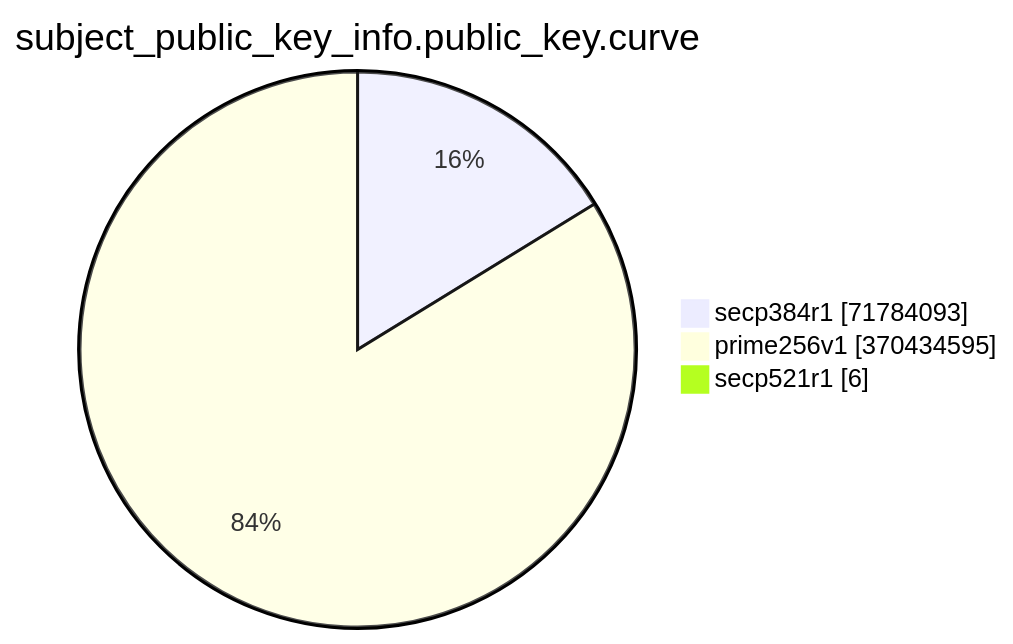
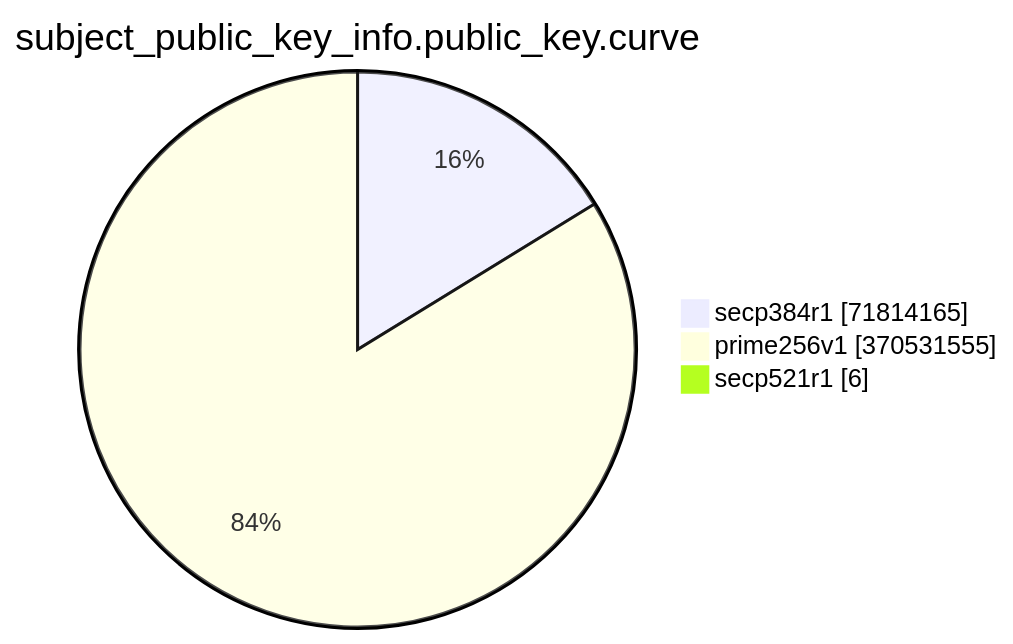
Before and after one commit to christiankrug/ctmonitor_visualization: the eighth of 15 diagrams in TOTAL/README.md, drawn with Mermaid. The commit also changed other lines of this file, not shown here.

````diff
--- a/TOTAL/README.md
+++ b/TOTAL/README.md
@@ -3092,7 +3092,7 @@
 ```mermaid
 pie showData
 title subject_public_key_info.public_key.curve
-"secp384r1" :71784093
-"prime256v1" :370434595
+"secp384r1" :71814165
+"prime256v1" :370531555
 "secp521r1" :6
 ```
````
